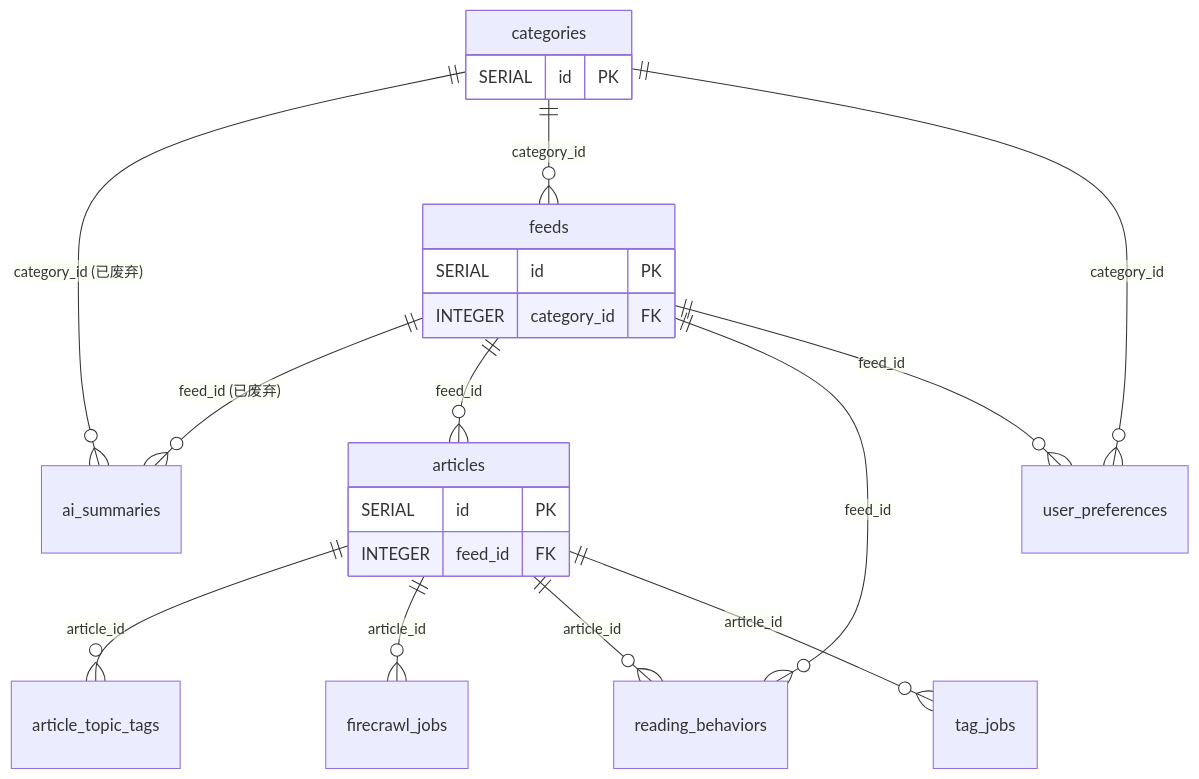
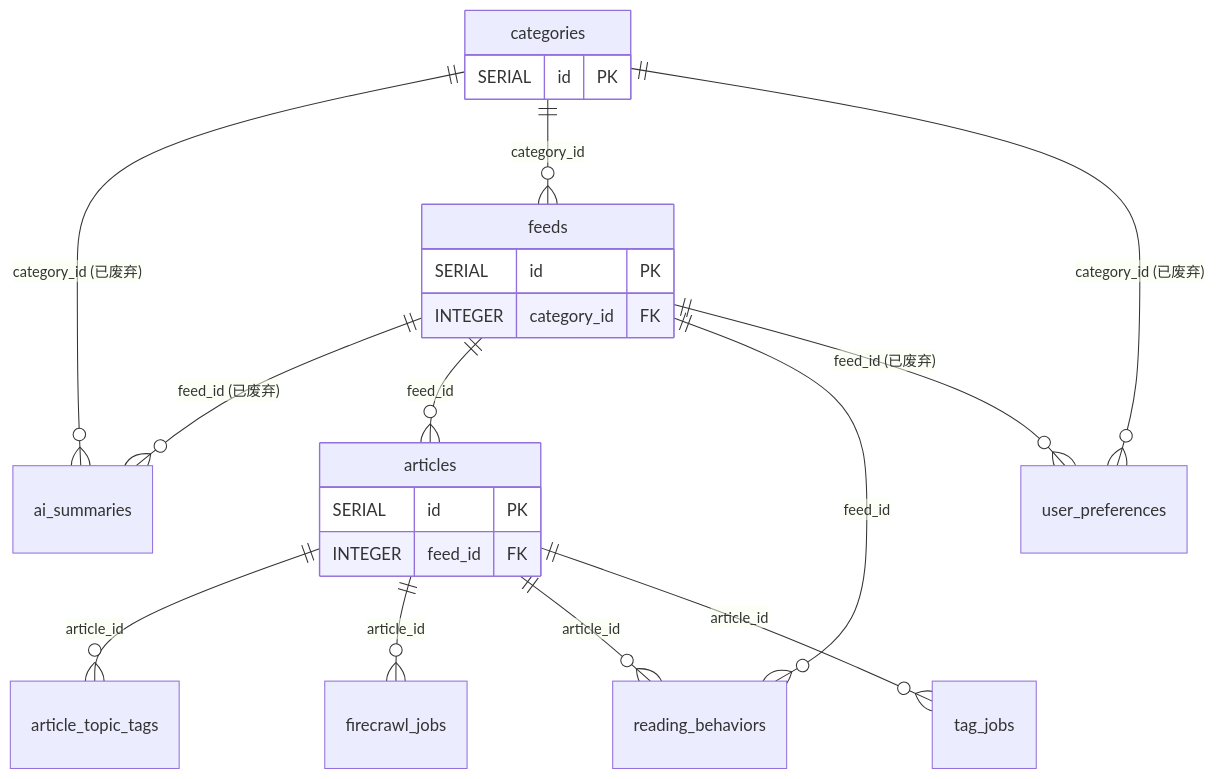
The diagram in docs/reference/database/tables/content.md (ZanebonoAlter/Syntopica), drawn with Mermaid before and after one commit. The commit also changed 21 other files, not shown here.

First line of the commit message:
fix(backend): fix-feed-delete-and-sequence-drift 主体——删源/删分类补 NO ACTION 引用清理 + 启动期序列漂移自愈

````diff
--- a/docs/reference/database/tables/content.md
+++ b/docs/reference/database/tables/content.md
@@ -109,38 +109,38 @@
 ```mermaid
 erDiagram
     articles ||--o{ article_topic_tags : "article_id"
     articles ||--o{ firecrawl_jobs : "article_id"
     articles ||--o{ reading_behaviors : "article_id"
     articles ||--o{ tag_jobs : "article_id"
     categories ||--o{ ai_summaries : "category_id (已废弃)"
     categories ||--o{ feeds : "category_id"
-    categories ||--o{ user_preferences : "category_id"
+    categories ||--o{ user_preferences : "category_id (已废弃)"
     feeds ||--o{ ai_summaries : "feed_id (已废弃)"
     feeds ||--o{ articles : "feed_id"
     feeds ||--o{ reading_behaviors : "feed_id"
-    feeds ||--o{ user_preferences : "feed_id"
+    feeds ||--o{ user_preferences : "feed_id (已废弃)"
 
     ai_summaries {
     }
     article_topic_tags {
     }
     articles {
         SERIAL id PK
         INTEGER feed_id FK
     }
     categories {
         SERIAL id PK
     }
     feeds {
         SERIAL id PK
         INTEGER category_id FK
     }
     firecrawl_jobs {
     }
     reading_behaviors {
     }
     tag_jobs {
     }
     user_preferences {
     }
 ```
````
